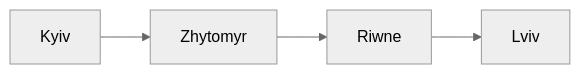
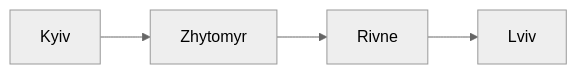
The third of 8 diagrams in docs/docs/technical-design/models.md (drewg3r/trout), drawn with Mermaid (neutral theme) before and after one commit. The commit also changed other lines of this file, not shown here.

````diff
--- a/docs/docs/technical-design/models.md
+++ b/docs/docs/technical-design/models.md
@@ -99,6 +100,6 @@
 ```mermaid
 flowchart LR
 	Kyiv --> Zhytomyr
-	Zhytomyr --> Riwne
-	Riwne --> Lviv
+	Zhytomyr --> Rivne
+	Rivne --> Lviv
 ```
````
